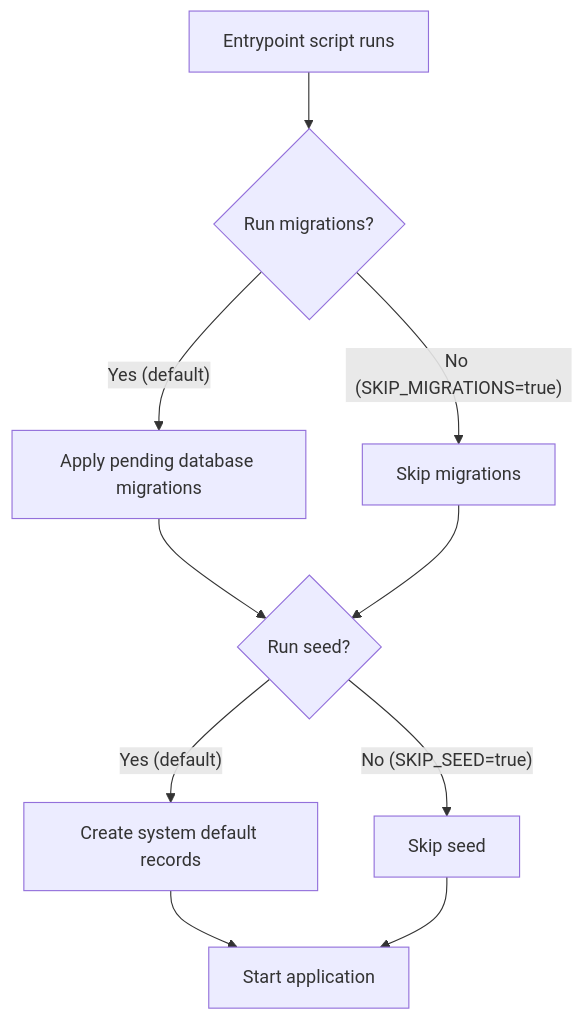
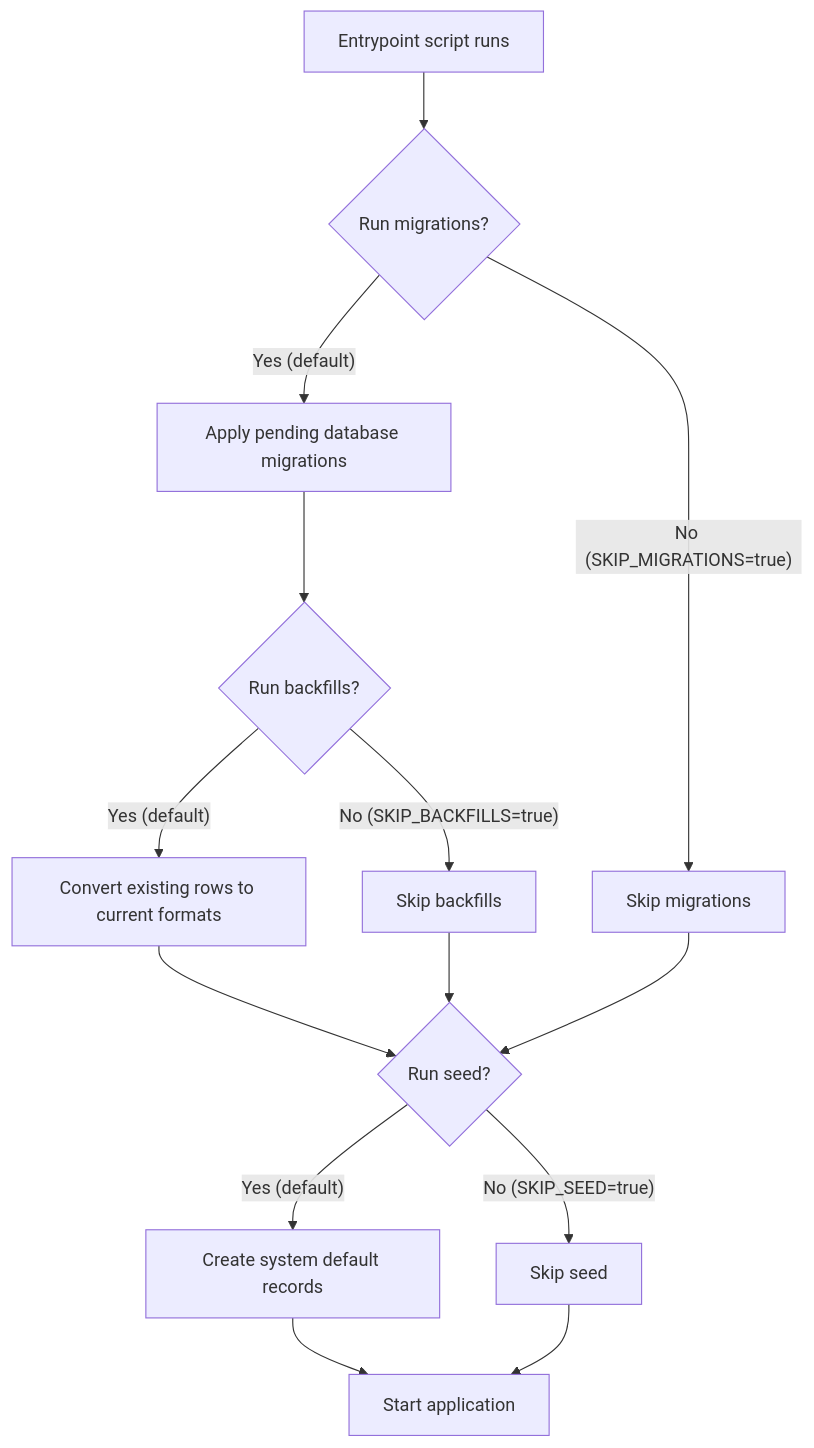
One commit to uncefact/tests-untp changed the diagram in documentation/docs/reference-implementation/operations/startup.md. Above: the diagram before and after it, drawn with Mermaid. The commit also changed other lines of this file and 10 other files, not shown here.

````diff
--- a/documentation/docs/reference-implementation/operations/startup.md
+++ b/documentation/docs/reference-implementation/operations/startup.md
@@ -23,13 +23,17 @@
 ```mermaid
 flowchart TD
     Start["Entrypoint script runs"] --> Migrations{"Run migrations?"}
     Migrations -->|"Yes (default)"| RunMigrations["Apply pending database migrations"]
     Migrations -->|"No (SKIP_MIGRATIONS=true)"| SkipMigrations["Skip migrations"]
-    RunMigrations --> Seed
+    RunMigrations --> Backfills{"Run backfills?"}
+    Backfills -->|"Yes (default)"| RunBackfills["Convert existing rows to current formats"]
+    Backfills -->|"No (SKIP_BACKFILLS=true)"| SkipBackfills["Skip backfills"]
+    RunBackfills --> Seed
+    SkipBackfills --> Seed
     SkipMigrations --> Seed
     Seed{"Run seed?"}
     Seed -->|"Yes (default)"| RunSeed["Create system default records"]
     Seed -->|"No (SKIP_SEED=true)"| SkipSeed["Skip seed"]
     RunSeed --> App["Start application"]
     SkipSeed --> App
 ```
````
